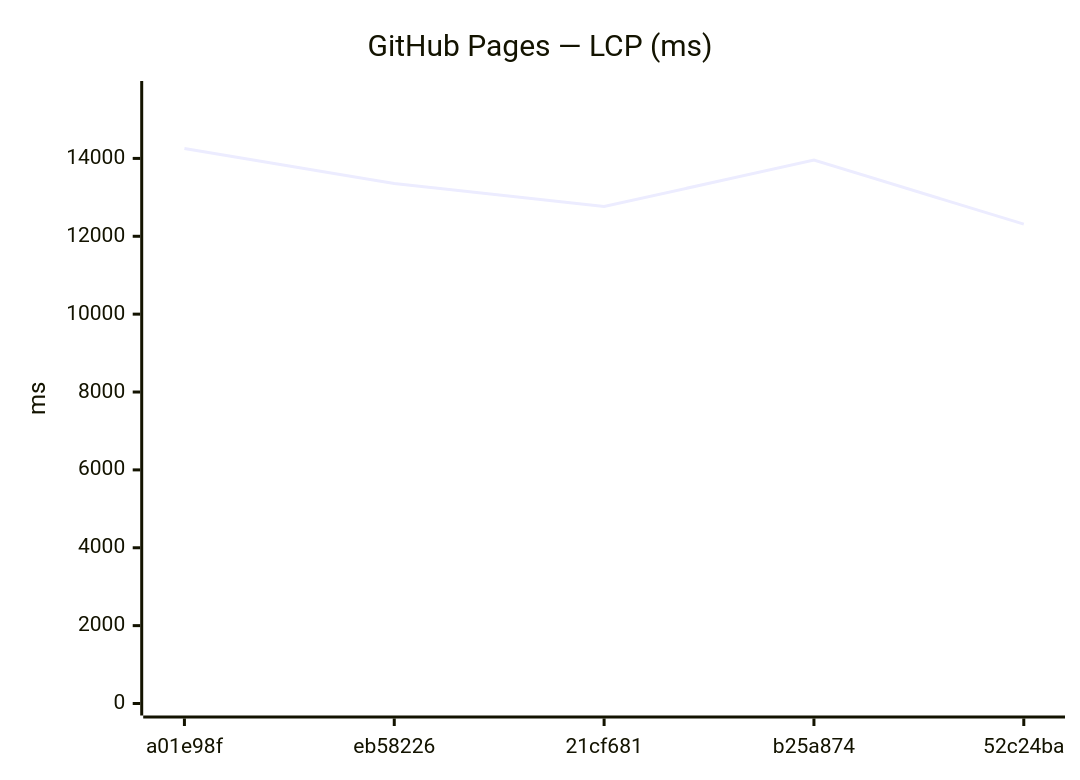
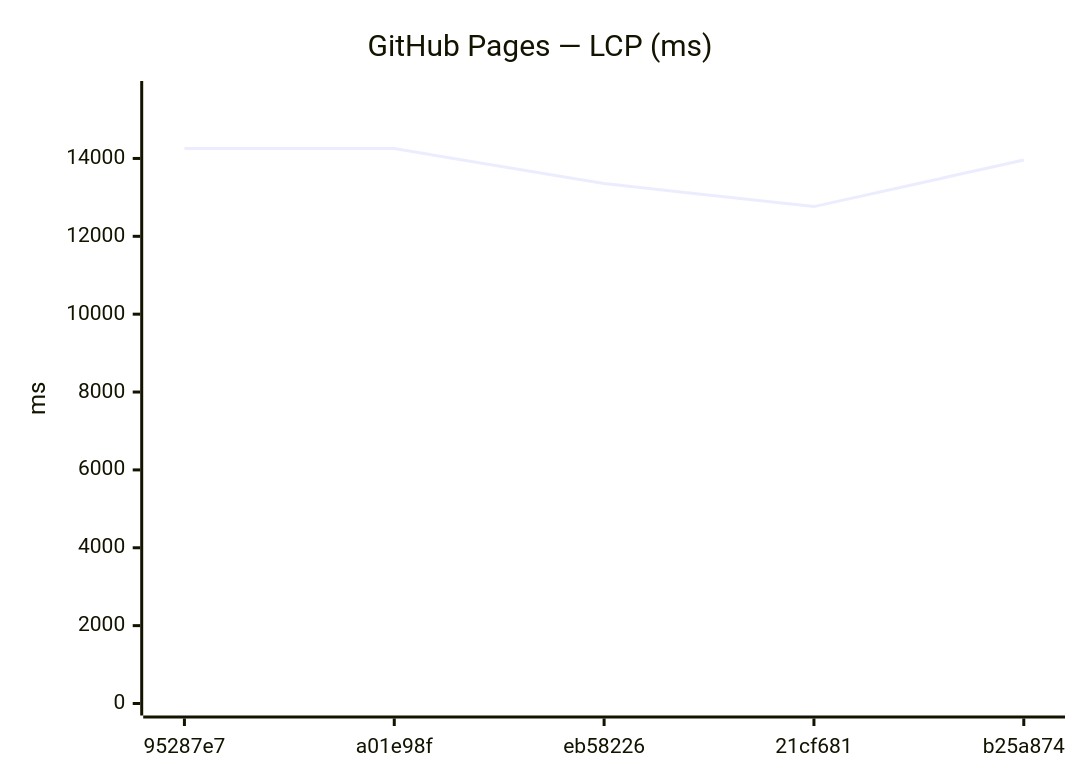
The ninth of 18 diagrams in benchmarks/compare.md (Metaheurist/Rianell), drawn with Mermaid before and after one commit. The commit also changed other lines of this file and 11 other files, not shown here.

````diff
--- a/benchmarks/compare.md
+++ b/benchmarks/compare.md
@@ -142,7 +142,7 @@
 ```mermaid
 xychart-beta
     title "GitHub Pages — LCP (ms)"
-    x-axis ["a01e98f", "eb58226", "21cf681", "b25a874", "52c24ba"]
-    y-axis "ms" 0 --> 15680
-    line [14254, 13354, 12763, 13959, 12313]
+    x-axis ["95287e7", "a01e98f", "eb58226", "21cf681", "b25a874"]
+    y-axis "ms" 0 --> 15681
+    line [14255, 14254, 13354, 12763, 13959]
 ```
````
